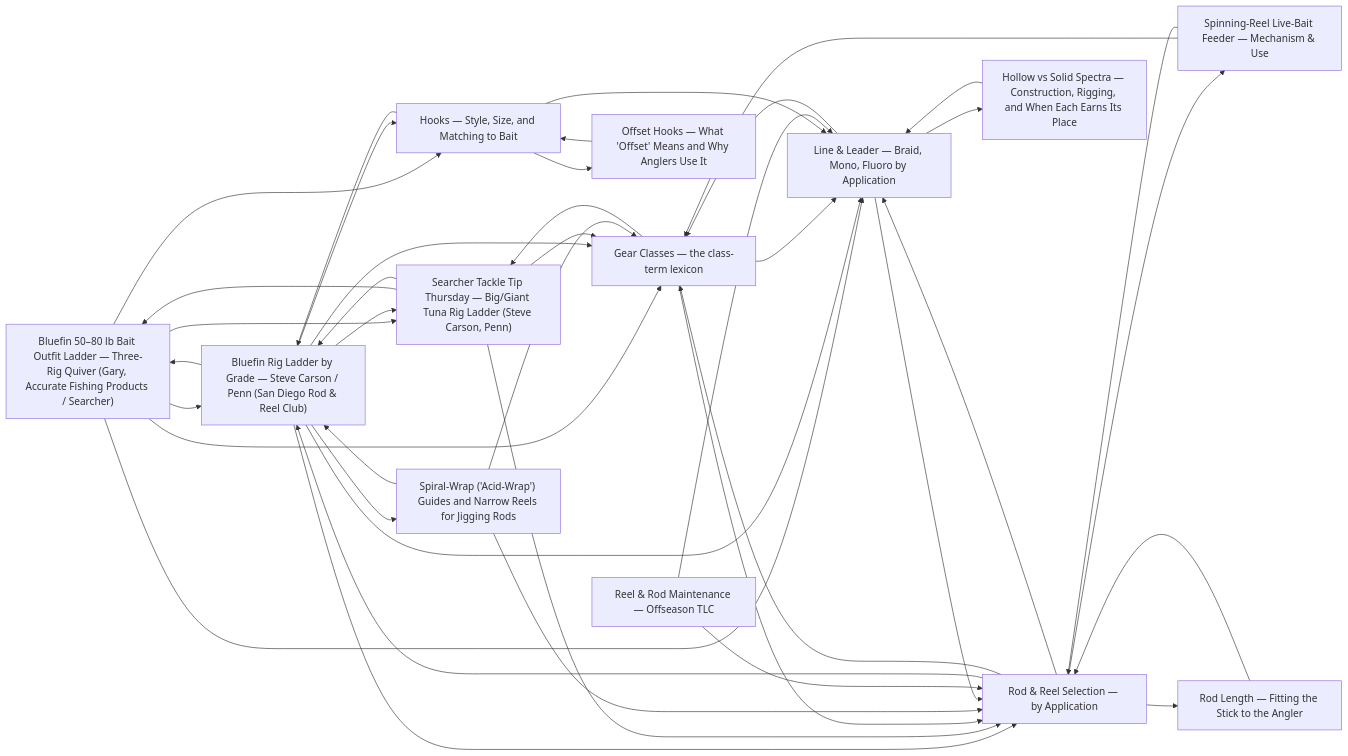
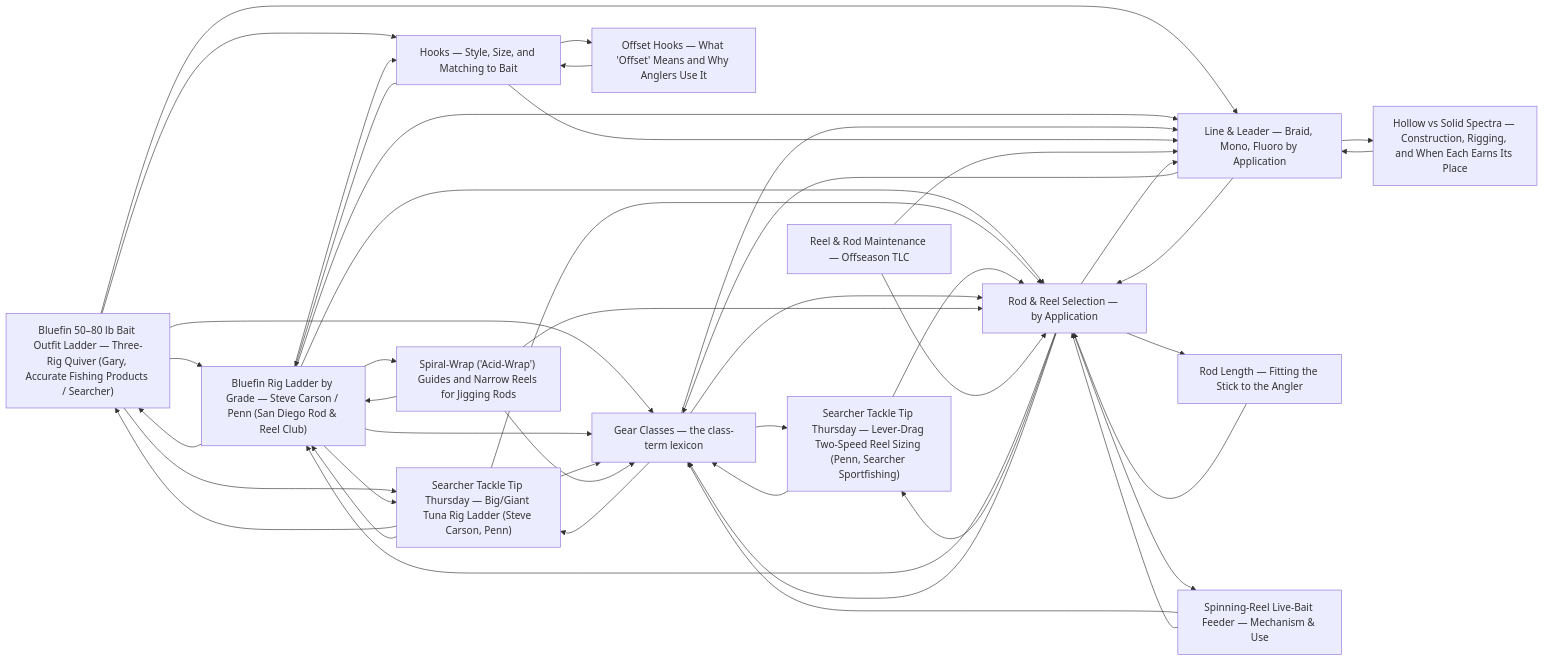
Before and after one commit to camchuckpete-max/Socal-Fishing-Knowledge: the diagram in tackle/README.md, drawn with Mermaid. The commit also changed other lines of this file and 5 other files, not shown here.

````diff
--- a/tackle/README.md
+++ b/tackle/README.md
@@ -26,56 +27,61 @@
 ```mermaid
 graph LR
   n0["Bluefin 50–80 lb Bait Outfit Ladder — Three-Rig Quiver (Gary, Accurate Fishing Products / Searcher)"]
   n1["Bluefin Rig Ladder by Grade — Steve Carson / Penn (San Diego Rod & Reel Club)"]
   n2["Gear Classes — the class-term lexicon"]
   n3["Hooks — Style, Size, and Matching to Bait"]
   n4["Spiral-Wrap ('Acid-Wrap') Guides and Narrow Reels for Jigging Rods"]
   n5["Line & Leader — Braid, Mono, Fluoro by Application"]
   n6["Offset Hooks — What 'Offset' Means and Why Anglers Use It"]
   n7["Reel & Rod Maintenance — Offseason TLC"]
   n8["Rod & Reel Selection — by Application"]
   n9["Rod Length — Fitting the Stick to the Angler"]
   n10["Searcher Tackle Tip Thursday — Big/Giant Tuna Rig Ladder (Steve Carson, Penn)"]
-  n11["Hollow vs Solid Spectra — Construction, Rigging, and When Each Earns Its Place"]
-  n12["Spinning-Reel Live-Bait Feeder — Mechanism & Use"]
+  n11["Searcher Tackle Tip Thursday — Lever-Drag Two-Speed Reel Sizing (Penn, Searcher Sportfishing)"]
+  n12["Hollow vs Solid Spectra — Construction, Rigging, and When Each Earns Its Place"]
+  n13["Spinning-Reel Live-Bait Feeder — Mechanism & Use"]
   n0 --> n1
   n0 --> n10
   n0 --> n2
   n0 --> n3
   n0 --> n5
   n1 --> n0
   n1 --> n10
   n1 --> n2
   n1 --> n3
   n1 --> n4
   n1 --> n5
   n1 --> n8
   n10 --> n0
   n10 --> n1
   n10 --> n2
   n10 --> n8
-  n11 --> n5
-  n12 --> n2
-  n12 --> n8
+  n11 --> n2
+  n11 --> n8
+  n12 --> n5
+  n13 --> n2
+  n13 --> n8
   n2 --> n10
+  n2 --> n11
   n2 --> n5
   n2 --> n8
   n3 --> n1
   n3 --> n5
   n3 --> n6
   n4 --> n1
   n4 --> n2
   n4 --> n8
-  n5 --> n11
+  n5 --> n12
   n5 --> n2
   n5 --> n8
   n6 --> n3
   n7 --> n5
   n7 --> n8
   n8 --> n1
-  n8 --> n12
+  n8 --> n11
+  n8 --> n13
   n8 --> n2
   n8 --> n5
   n8 --> n9
   n9 --> n8
 ```
````
